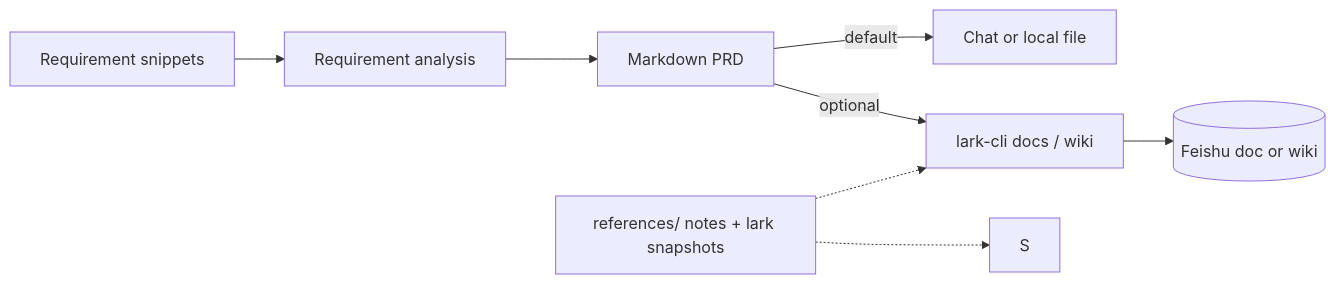
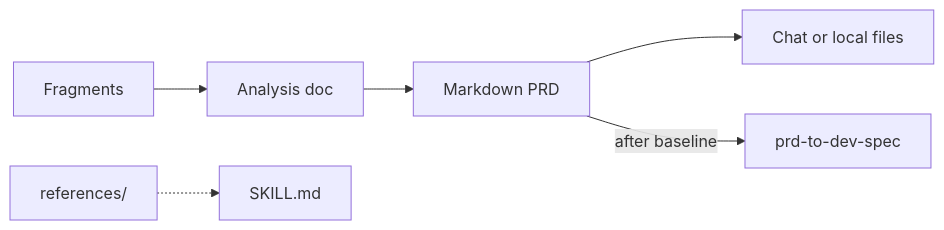
Before and after one commit to Lucky2024-pllove/req-to-prd-to-dev-eng-all-skills: the diagram in requirements-to-prd/README.en.md, drawn with Mermaid. The commit also changed other lines of this file and 24 other files, not shown here.

First line of the commit message:
chore(requirements-to-prd): remove lark-cli and Feishu integration

````diff
--- a/requirements-to-prd/README.en.md
+++ b/requirements-to-prd/README.en.md
@@ -80,10 +77,8 @@
 ```mermaid
 flowchart LR
-  U[Requirement snippets] --> A[Requirement analysis]
+  U[Fragments] --> A[Analysis doc]
   A --> P[Markdown PRD]
-  P -->|default| C[Chat or local file]
-  P -->|optional| L[lark-cli docs / wiki]
-  L --> F[(Feishu doc or wiki)]
-  R[references/ notes + lark snapshots] -.-> S
-  R -.-> L
+  P --> C[Chat or local files]
+  R[references/] -.-> S[SKILL.md]
+  P -->|after baseline| N[prd-to-dev-spec]
 ```
````
